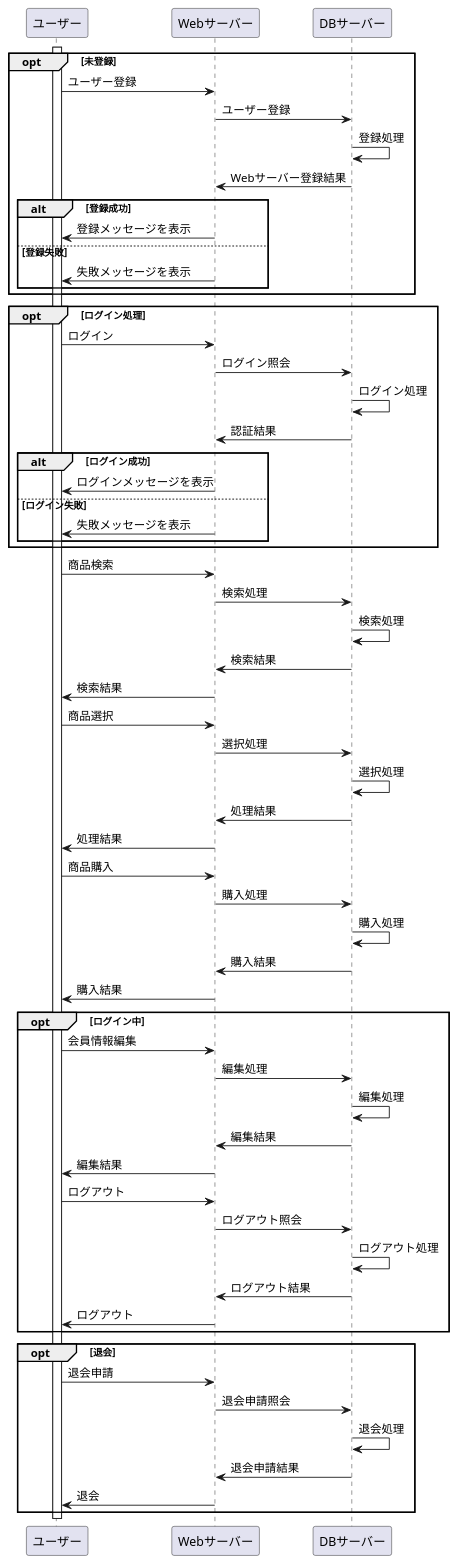
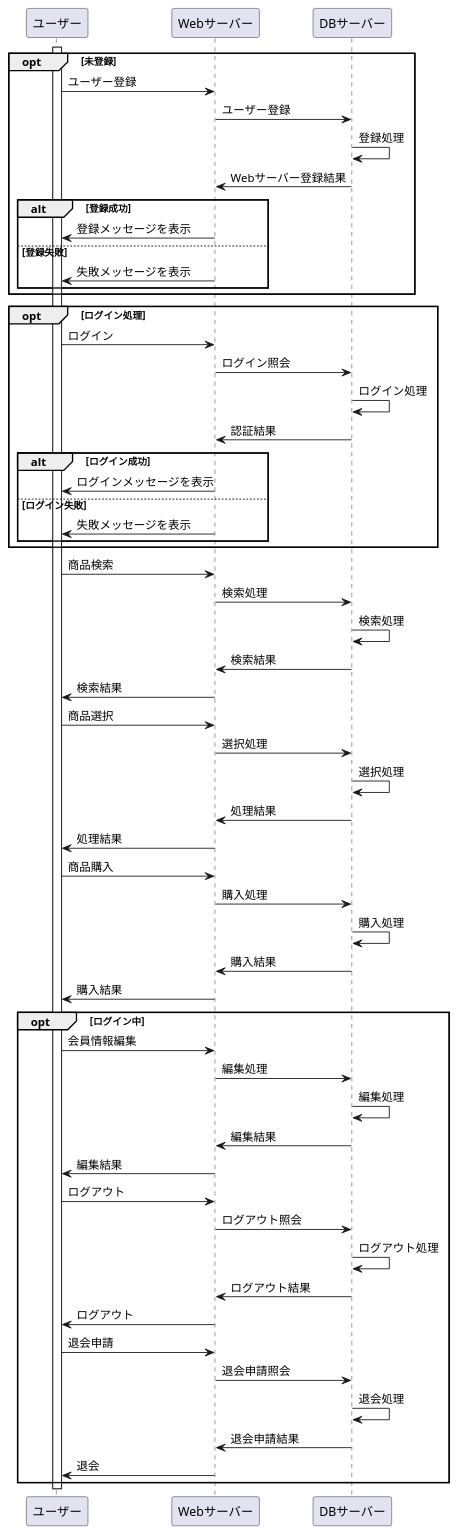
One commit to Aso2001163/2021sys-design-2 changed the diagram in Mypage(業務フロー).md. Above: the diagram before and after it, drawn with PlantUML.

````diff
--- a/Mypage(業務フロー).md
+++ b/Mypage(業務フロー).md
@@ -1,78 +1,74 @@
 ```uml
 @startuml
 opt 未登録
 
 ユーザー -> Webサーバー:ユーザー登録
 Webサーバー -> DBサーバー:ユーザー登録
 DBサーバー -> DBサーバー:登録処理
 DBサーバー -> Webサーバー:Webサーバー登録結果
 
   alt 登録成功
    Webサーバー -> ユーザー:登録メッセージを表示
   else 登録失敗
    Webサーバー -> ユーザー:失敗メッセージを表示
   end
 end
 
 opt ログイン処理
 ユーザー -> Webサーバー:ログイン
 Webサーバー -> DBサーバー:ログイン照会
 DBサーバー -> DBサーバー:ログイン処理
 DBサーバー -> Webサーバー:認証結果
 
   alt ログイン成功
     Webサーバー -> ユーザー:ログインメッセージを表示
   else ログイン失敗
     Webサーバー -> ユーザー:失敗メッセージを表示
   end
 end
 
 activate ユーザー
 
 ユーザー -> Webサーバー:商品検索
 Webサーバー -> DBサーバー:検索処理
 DBサーバー -> DBサーバー:検索処理
 DBサーバー -> Webサーバー:検索結果
 Webサーバー -> ユーザー:検索結果
 
 ユーザー -> Webサーバー:商品選択
 Webサーバー -> DBサーバー:選択処理
 DBサーバー -> DBサーバー:選択処理
 DBサーバー -> Webサーバー:処理結果
 Webサーバー -> ユーザー:処理結果
 
 ユーザー -> Webサーバー:商品購入
 Webサーバー -> DBサーバー:購入処理
 DBサーバー -> DBサーバー:購入処理
 DBサーバー -> Webサーバー:購入結果
 Webサーバー -> ユーザー:購入結果
 
 opt ログイン中
 
 ユーザー -> Webサーバー:会員情報編集
 Webサーバー -> DBサーバー:編集処理
 DBサーバー -> DBサーバー:編集処理
 DBサーバー -> Webサーバー:編集結果
 Webサーバー -> ユーザー:編集結果
 
 ユーザー -> Webサーバー:ログアウト
 Webサーバー -> DBサーバー:ログアウト照会
 DBサーバー -> DBサーバー:ログアウト処理
 DBサーバー -> Webサーバー:ログアウト結果
 Webサーバー -> ユーザー:ログアウト
 
-end
-
-opt 退会
-
 ユーザー -> Webサーバー:退会申請
 Webサーバー -> DBサーバー:退会申請照会
 DBサーバー -> DBサーバー:退会処理
 DBサーバー -> Webサーバー:退会申請結果
 Webサーバー -> ユーザー:退会
 
 end
 
 deactivate ユーザー
 @enduml
 ```
````
